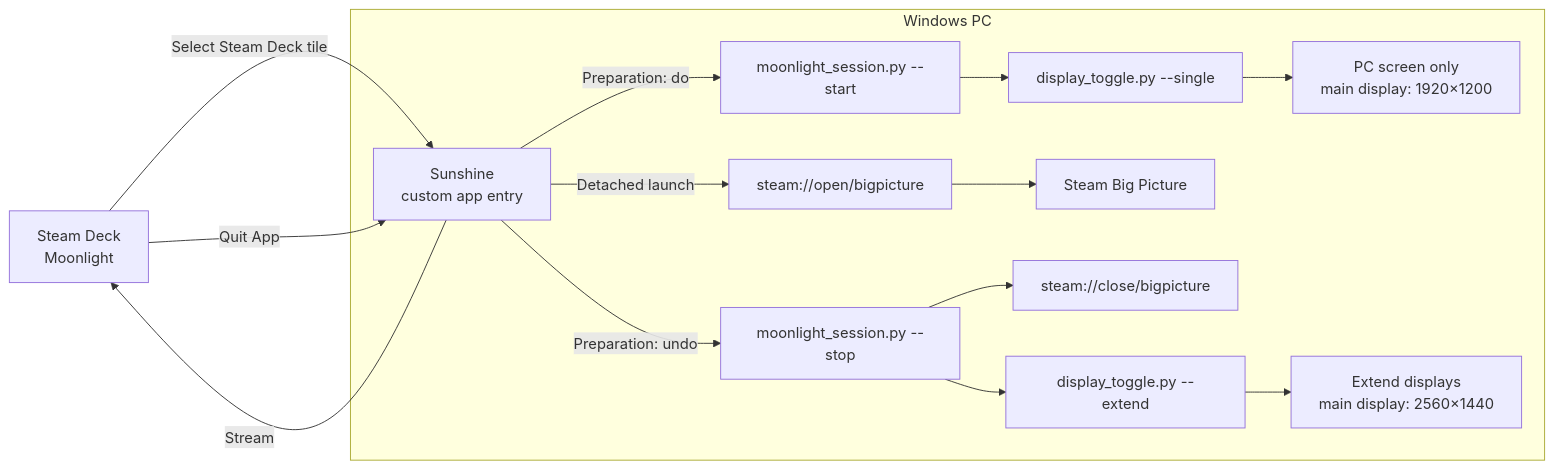
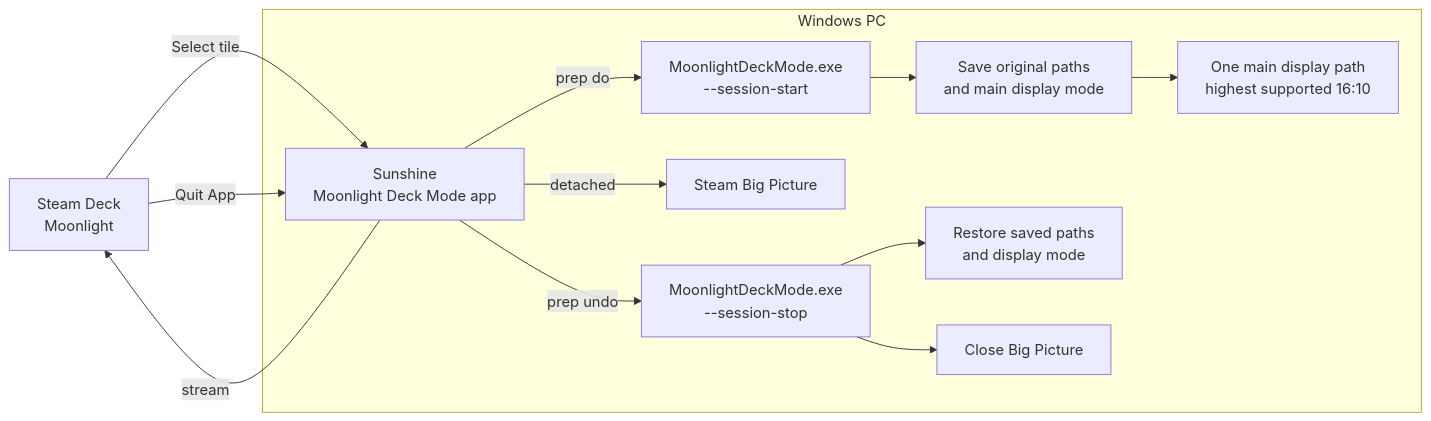
Before and after one commit to ConnorIrvine/moonlight-steam-deck-mode: the diagram in README.md, drawn with Mermaid. The commit also changed other lines of this file and 8 other files, not shown here.

Commit message:
Add portable Moonlight Deck Mode installer and session engine

````diff
--- a/README.md
+++ b/README.md
@@ -9,19 +28,15 @@
 ```mermaid
 flowchart LR
-    deck["Steam Deck<br/>Moonlight"] -->|Select Steam Deck tile| sunshine["Sunshine<br/>custom app entry"]
-
-    subgraph pc[Windows PC]
-        sunshine -->|Preparation: do| start["moonlight_session.py --start"]
-        start --> single["display_toggle.py --single"]
-        single --> one["PC screen only<br/>main display: 1920×1200"]
-        sunshine -->|Detached launch| bigpicture["steam://open/bigpicture"]
-        bigpicture --> steam["Steam Big Picture"]
-        sunshine -->|Preparation: undo| stop["moonlight_session.py --stop"]
-        stop --> normal["steam://close/bigpicture"]
-        stop --> extend["display_toggle.py --extend"]
-        extend --> desktop["Extend displays<br/>main display: 2560×1440"]
+    deck["Steam Deck<br/>Moonlight"] -->|Select tile| sun["Sunshine<br/>Moonlight Deck Mode app"]
+    subgraph windows[Windows PC]
+        sun -->|prep do| start["MoonlightDeckMode.exe<br/>--session-start"]
+        start --> save["Save original paths<br/>and main display mode"]
+        save --> target["One main display path<br/>highest supported 16:10"]
+        sun -->|detached| steam["Steam Big Picture"]
+        sun -->|prep undo| stop["MoonlightDeckMode.exe<br/>--session-stop"]
+        stop --> restore["Restore saved paths<br/>and display mode"]
+        stop --> normal["Close Big Picture"]
     end
-
-    sunshine -->|Stream| deck
-    deck -->|Quit App| sunshine
+    sun -->|stream| deck
+    deck -->|Quit App| sun
 ```
````
